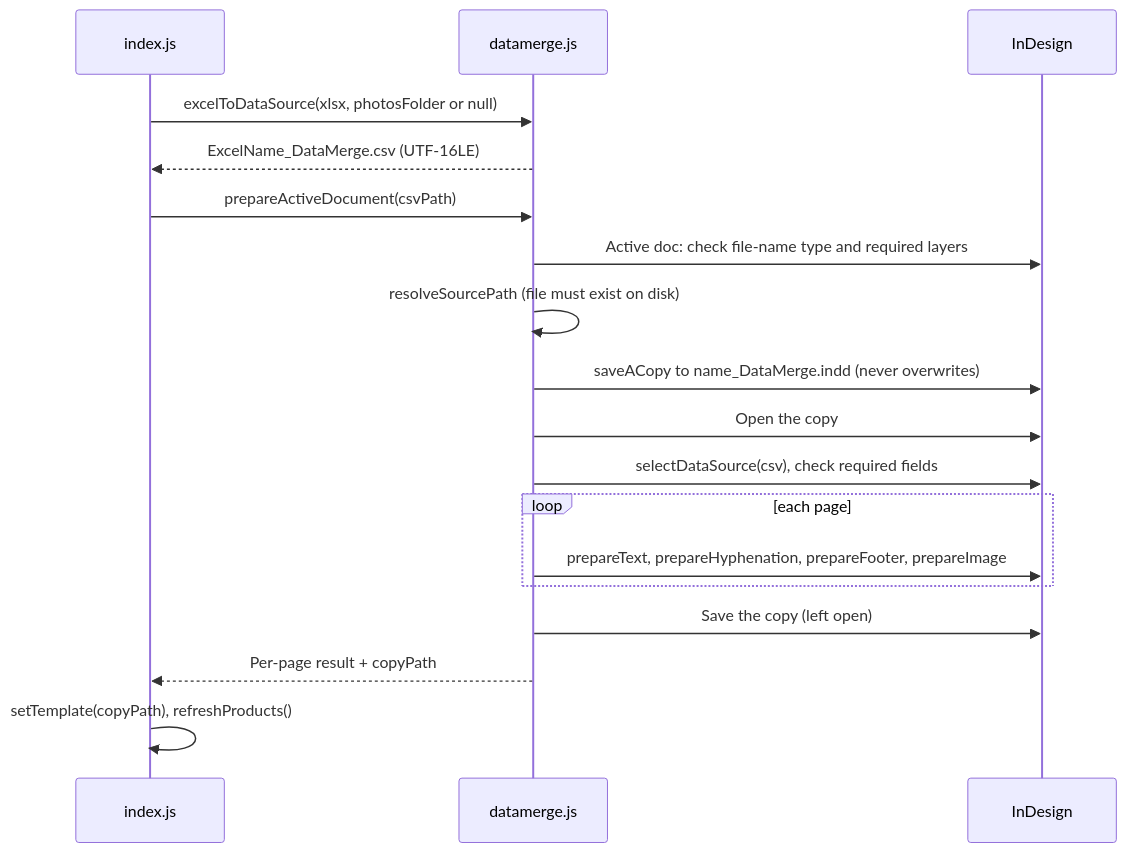
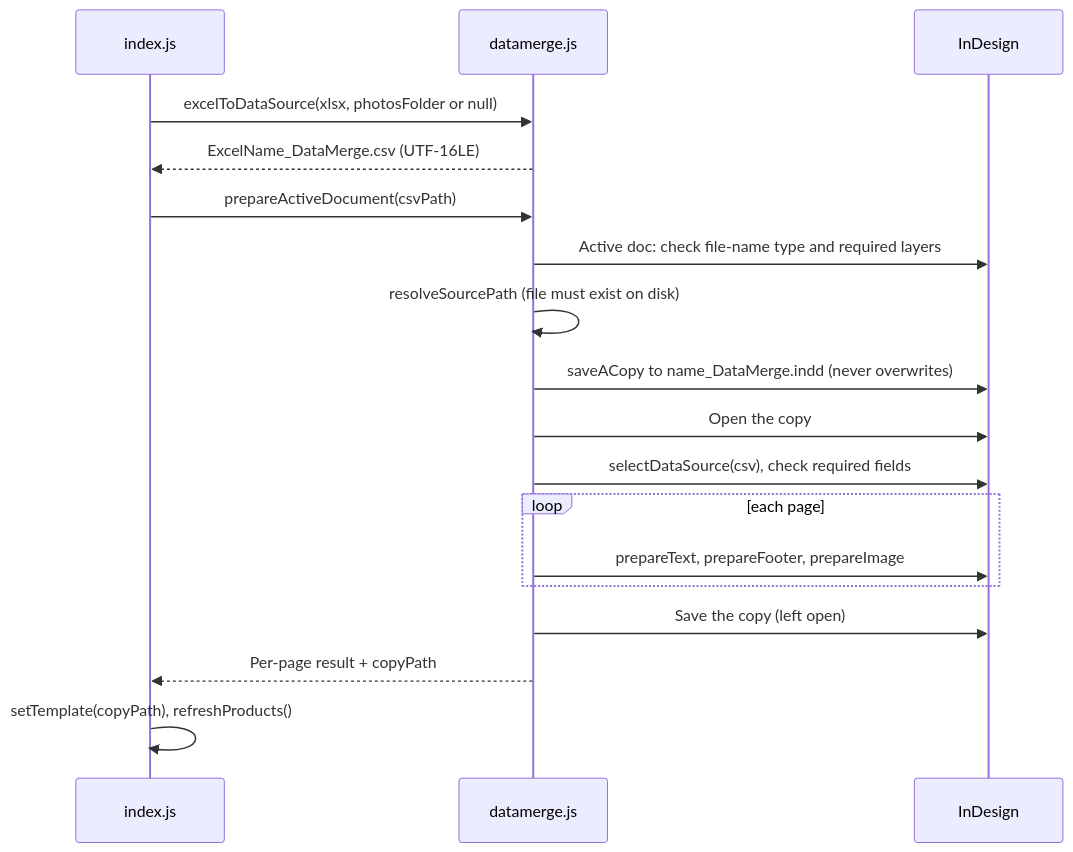
The fourth of 7 diagrams in docs/ARCHITECTURE.md (br0cc0lili/Territory_InDesign_Capsule), drawn with Mermaid before and after one commit. The commit also changed other lines of this file and 4 other files, not shown here.

````diff
--- a/docs/ARCHITECTURE.md
+++ b/docs/ARCHITECTURE.md
@@ -380,21 +380,21 @@
 ```mermaid
 sequenceDiagram
     participant UI as index.js
     participant DM as datamerge.js
     participant ID as InDesign
 
     UI->>DM: excelToDataSource(xlsx, photosFolder or null)
     DM-->>UI: ExcelName_DataMerge.csv (UTF-16LE)
     UI->>DM: prepareActiveDocument(csvPath)
     DM->>ID: Active doc: check file-name type and required layers
     DM->>DM: resolveSourcePath (file must exist on disk)
     DM->>ID: saveACopy to name_DataMerge.indd (never overwrites)
     DM->>ID: Open the copy
     DM->>ID: selectDataSource(csv), check required fields
     loop each page
-        DM->>ID: prepareText, prepareHyphenation, prepareFooter, prepareImage
+        DM->>ID: prepareText, prepareFooter, prepareImage
     end
     DM->>ID: Save the copy (left open)
     DM-->>UI: Per-page result + copyPath
     UI->>UI: setTemplate(copyPath), refreshProducts()
 ```
````
